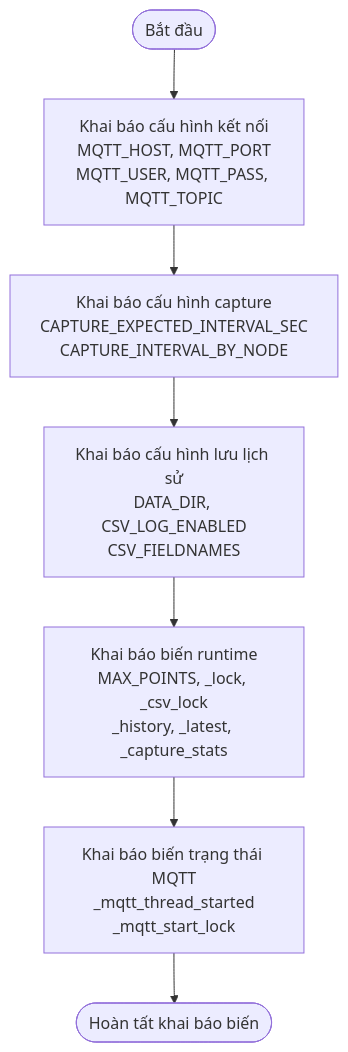
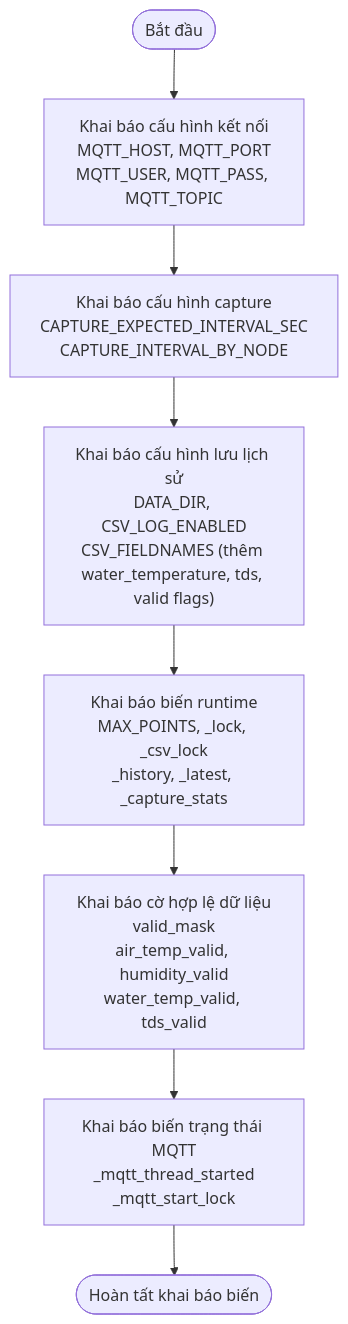
One commit to TUPM96/cambien changed the diagram in SO_DO_2_KHAI_BAO_BIEN.md. Above: the diagram before and after it, drawn with Mermaid. The commit also changed 11 other files, not shown here.

````diff
--- a/SO_DO_2_KHAI_BAO_BIEN.md
+++ b/SO_DO_2_KHAI_BAO_BIEN.md
@@ -3,14 +3,15 @@
 ```mermaid
 flowchart TB
     A([Bắt đầu])
 
     B["Khai báo cấu hình kết nối<br/>MQTT_HOST, MQTT_PORT<br/>MQTT_USER, MQTT_PASS, MQTT_TOPIC"]
     C["Khai báo cấu hình capture<br/>CAPTURE_EXPECTED_INTERVAL_SEC<br/>CAPTURE_INTERVAL_BY_NODE"]
-    D["Khai báo cấu hình lưu lịch sử<br/>DATA_DIR, CSV_LOG_ENABLED<br/>CSV_FIELDNAMES"]
+    D["Khai báo cấu hình lưu lịch sử<br/>DATA_DIR, CSV_LOG_ENABLED<br/>CSV_FIELDNAMES (thêm water_temperature, tds, valid flags)"]
     E["Khai báo biến runtime<br/>MAX_POINTS, _lock, _csv_lock<br/>_history, _latest, _capture_stats"]
-    F["Khai báo biến trạng thái MQTT<br/>_mqtt_thread_started<br/>_mqtt_start_lock"]
+    F["Khai báo cờ hợp lệ dữ liệu<br/>valid_mask<br/>air_temp_valid, humidity_valid<br/>water_temp_valid, tds_valid"]
+    G["Khai báo biến trạng thái MQTT<br/>_mqtt_thread_started<br/>_mqtt_start_lock"]
 
-    G([Hoàn tất khai báo biến])
+    H([Hoàn tất khai báo biến])
 
-    A --> B --> C --> D --> E --> F --> G
+    A --> B --> C --> D --> E --> F --> G --> H
 ```
````
